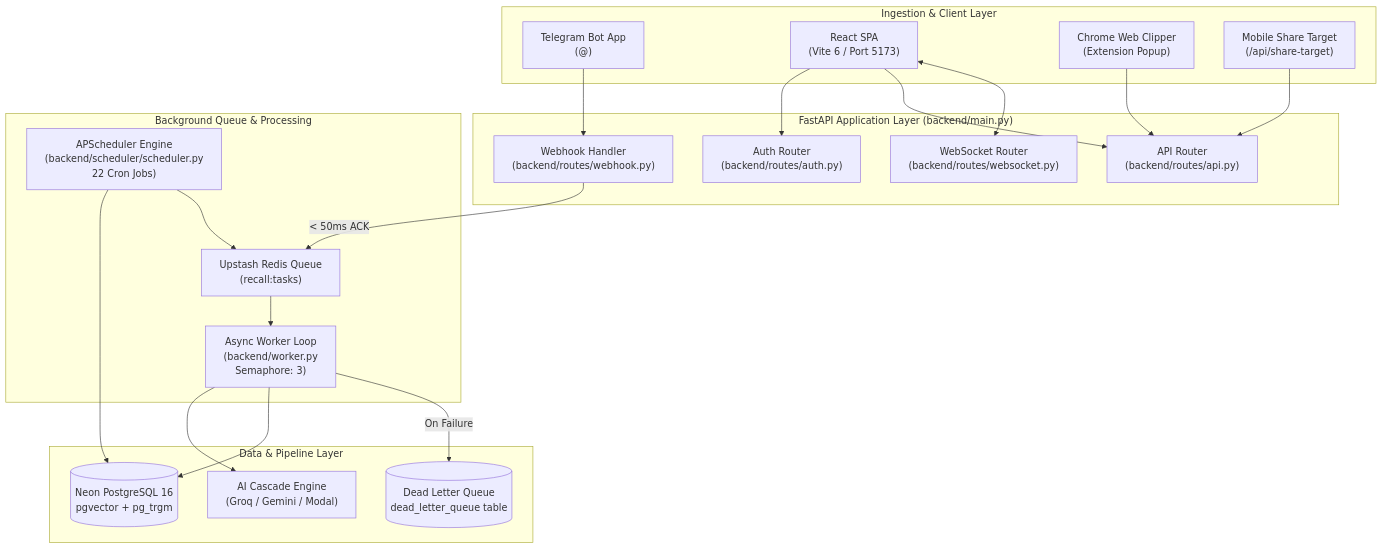
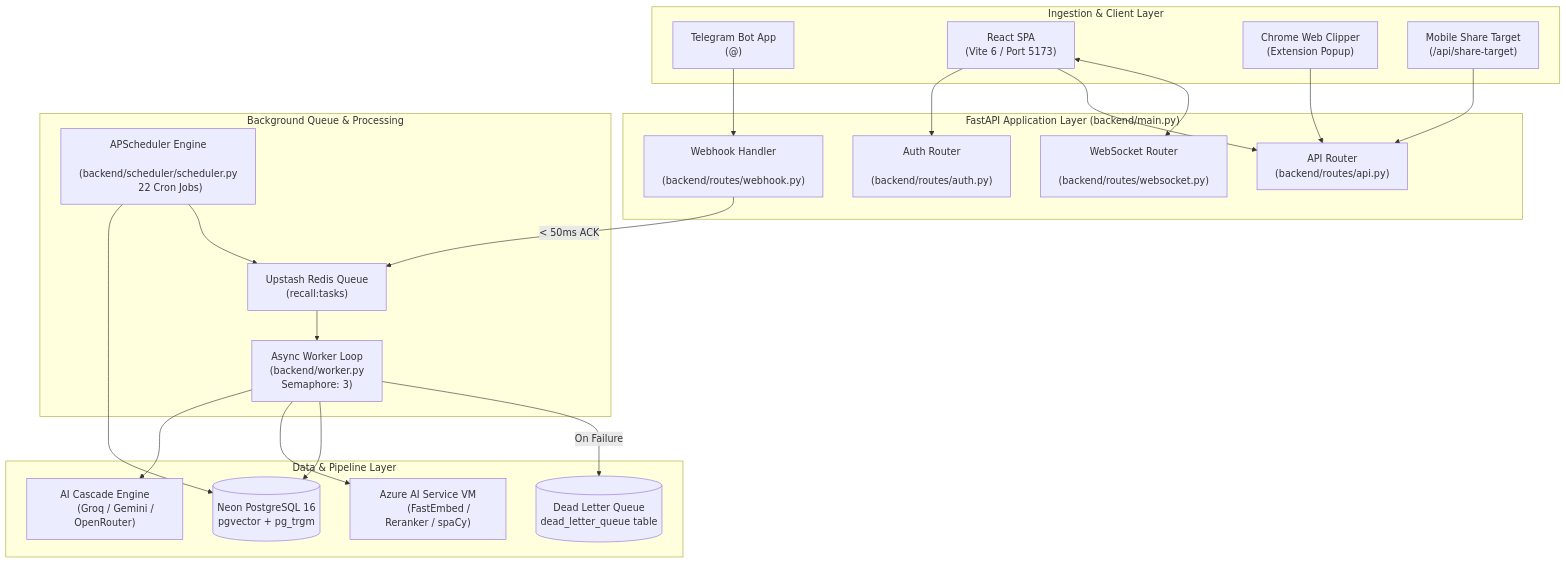
Before and after one commit to PriyanshuG27/Recall: the first of 3 diagrams in docs/ARCHITECTURE.md, drawn with Mermaid. The commit also changed other lines of this file and 18 other files, not shown here.

````diff
--- a/docs/ARCHITECTURE.md
+++ b/docs/ARCHITECTURE.md
@@ -12,59 +12,62 @@
 ```mermaid
 flowchart TB
     subgraph Clients["Ingestion & Client Layer"]
         TG["Telegram Bot App
 (@<YourBotUsername>)"]
         WEB["React SPA
 (Vite 6 / Port 5173)"]
         EXT["Chrome Web Clipper
 (Extension Popup)"]
         SHARE["Mobile Share Target
 (/api/share-target)"]
     end
 
     subgraph API["FastAPI Application Layer (backend/main.py)"]
         AUTH["Auth Router
-(backend/routes/auth.py)"]
+        (backend/routes/auth.py)"]
         ITEMS["API Router
-(backend/routes/api.py)"]
+        (backend/routes/api.py)"]
         HOOK["Webhook Handler
-(backend/routes/webhook.py)"]
+        (backend/routes/webhook.py)"]
         WS["WebSocket Router
-(backend/routes/websocket.py)"]
+        (backend/routes/websocket.py)"]
     end
 
     subgraph Workers["Background Queue & Processing"]
         REDIS["Upstash Redis Queue
-(recall:tasks)"]
+        (recall:tasks)"]
         WORKER["Async Worker Loop
-(backend/worker.py
-Semaphore: 3)"]
+        (backend/worker.py
+        Semaphore: 3)"]
         SCHED["APScheduler Engine
-(backend/scheduler/scheduler.py
-22 Cron Jobs)"]
+        (backend/scheduler/scheduler.py
+        22 Cron Jobs)"]
     end
 
     subgraph Storage["Data & Pipeline Layer"]
         DB[(Neon PostgreSQL 16
-pgvector + pg_trgm)]
+        pgvector + pg_trgm)]
         DLQ[(Dead Letter Queue
-dead_letter_queue table)]
-        AI["AI Cascade Engine
-(Groq / Gemini / Modal)"]
+        dead_letter_queue table)]
+        AI_CASCADE["AI Cascade Engine
+        (Groq / Gemini / OpenRouter)"]
+        AI_SVC["Azure AI Service VM
+        (FastEmbed / Reranker / spaCy)"]
     end
 
     TG --> HOOK
     WEB --> AUTH
     WEB --> ITEMS
     WEB <--> WS
     EXT --> ITEMS
     SHARE --> ITEMS
 
     HOOK -- "< 50ms ACK" --> REDIS
     REDIS --> WORKER
-    WORKER --> AI
+    WORKER --> AI_CASCADE
+    WORKER --> AI_SVC
     WORKER --> DB
     WORKER -- "On Failure" --> DLQ
     SCHED --> DB
     SCHED --> REDIS
 ```
````
